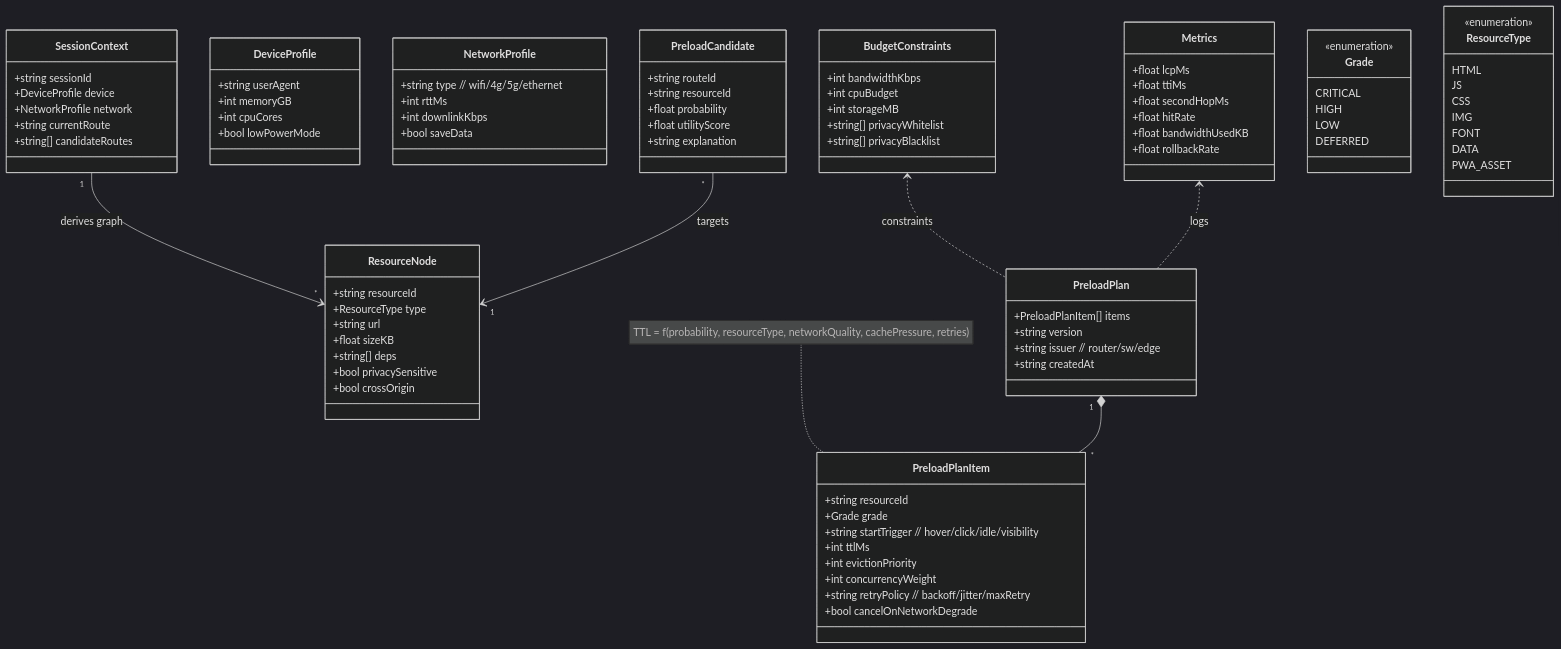
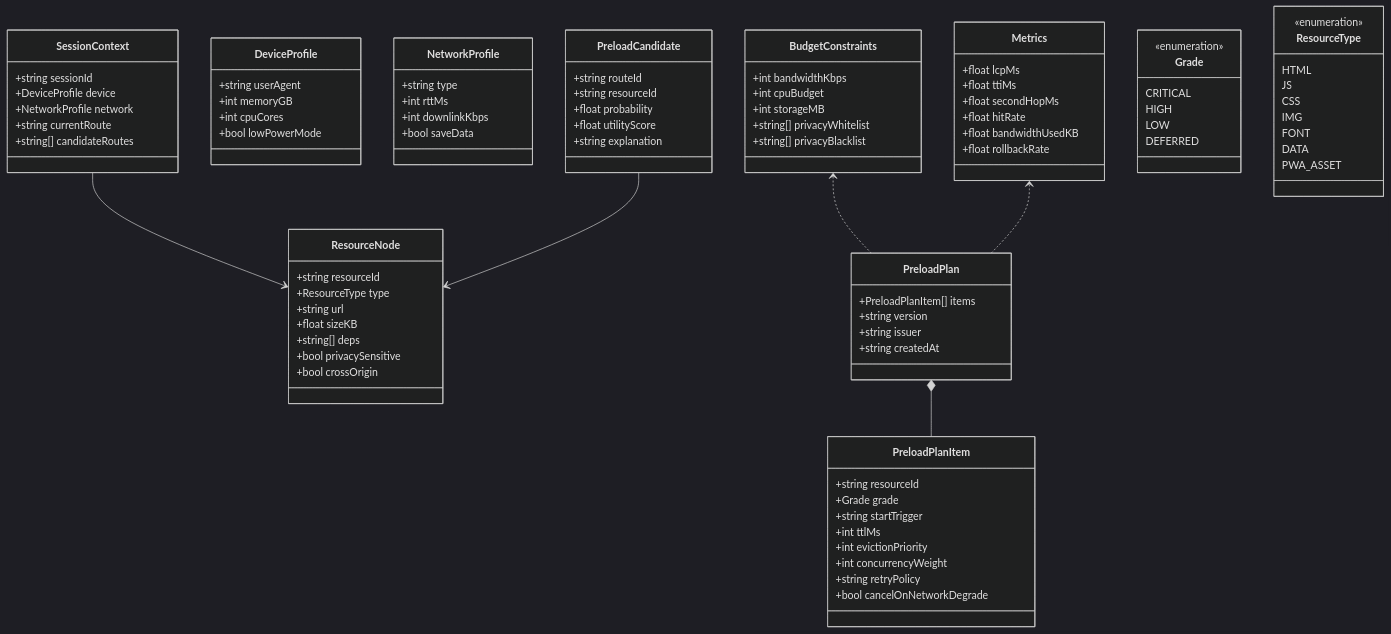
Before and after one commit to pigiysou147/softwareExam: the fifth of 5 diagrams in docs/patent/disclosure-routing-prefetch.md, drawn with Mermaid (dark theme). The commit also changed other lines of this file, not shown here.

Commit message:
docs(patent): make Mermaid diagrams GitHub-compatible (simplified labels, removed special chars)

````diff
--- a/docs/patent/disclosure-routing-prefetch.md
+++ b/docs/patent/disclosure-routing-prefetch.md
@@ -179,7 +180,7 @@
   }
 
   class NetworkProfile {
-    +string type  // wifi/4g/5g/ethernet
+    +string type
     +int rttMs
     +int downlinkKbps
     +bool saveData
@@ -214,18 +215,18 @@
   class PreloadPlanItem {
     +string resourceId
     +Grade grade
-    +string startTrigger  // hover/click/idle/visibility
+    +string startTrigger
     +int ttlMs
     +int evictionPriority
     +int concurrencyWeight
-    +string retryPolicy  // backoff/jitter/maxRetry
+    +string retryPolicy
     +bool cancelOnNetworkDegrade
   }
 
   class PreloadPlan {
     +PreloadPlanItem[] items
     +string version
-    +string issuer  // router/sw/edge
+    +string issuer
     +string createdAt
   }
 
@@ -255,11 +256,9 @@
     PWA_ASSET
   }
 
-  SessionContext "1" --> "*" ResourceNode : derives graph
-  PreloadCandidate "*" --> "1" ResourceNode : targets
-  PreloadPlan "1" *-- "*" PreloadPlanItem
-  BudgetConstraints <.. PreloadPlan : constraints
-  Metrics <.. PreloadPlan : logs
-
-  note for PreloadPlanItem "TTL = f(probability, resourceType, networkQuality, cachePressure, retries)"
+  SessionContext --> ResourceNode
+  PreloadCandidate --> ResourceNode
+  PreloadPlan *-- PreloadPlanItem
+  BudgetConstraints <.. PreloadPlan
+  Metrics <.. PreloadPlan
 ```
````
